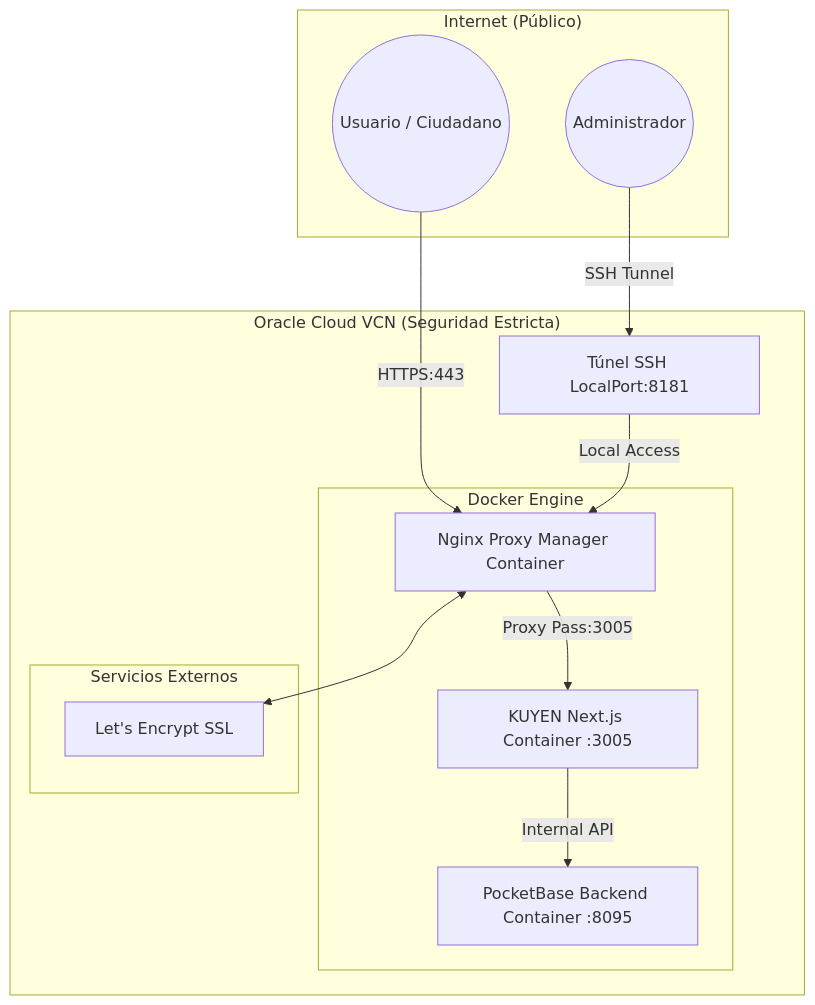
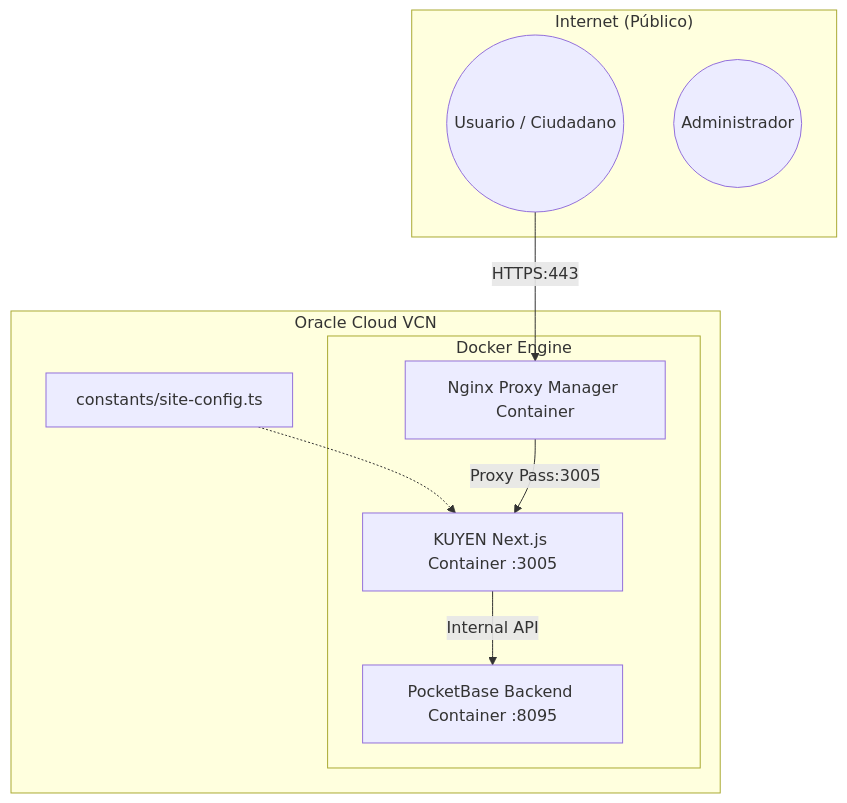
The diagram in docs/KUYEN_PRD_v2.0_As-Built.md (yordyy-eng/kuyen), drawn with Mermaid before and after one commit. The commit also changed other lines of this file and 3 other files, not shown here.

````diff
--- a/docs/KUYEN_PRD_v2.0_As-Built.md
+++ b/docs/KUYEN_PRD_v2.0_As-Built.md
@@ -20,33 +18,21 @@
 ```mermaid
 graph TD
     subgraph "Internet (Público)"
         User((Usuario / Ciudadano))
         Admin((Administrador))
     end
 
-    subgraph "Oracle Cloud VCN (Seguridad Estricta)"
+    subgraph "Oracle Cloud VCN"
         subgraph "Docker Engine"
             NPM[Nginx Proxy Manager Container]
             NextJS[KUYEN Next.js Container :3005]
             PB[PocketBase Backend Container :8095]
         end
-
-        subgraph "Servicios Externos"
-            LE[Let's Encrypt SSL]
-        end
-
-        SSH_T[Túnel SSH LocalPort:8181]
+        
+        Config[constants/site-config.ts] -.-> NextJS
     end
 
-    %% Flujo de Tráfico Público
     User -- HTTPS:443 --> NPM
     NPM -- Proxy Pass:3005 --> NextJS
     NextJS -- Internal API --> PB
-
-    %% Flujo Administrativo Seguro
-    Admin -- SSH Tunnel --> SSH_T
-    SSH_T -- Local Access --> NPM
-
-    %% Certificación
-    NPM <--> LE
 ```
````
